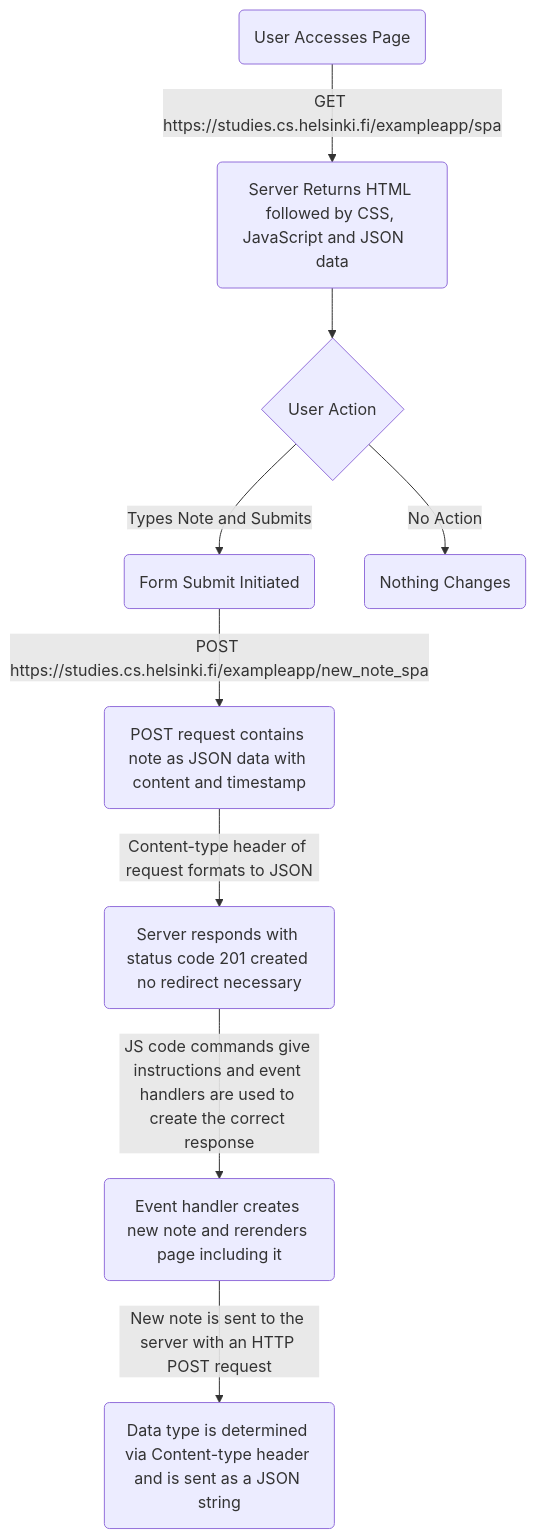
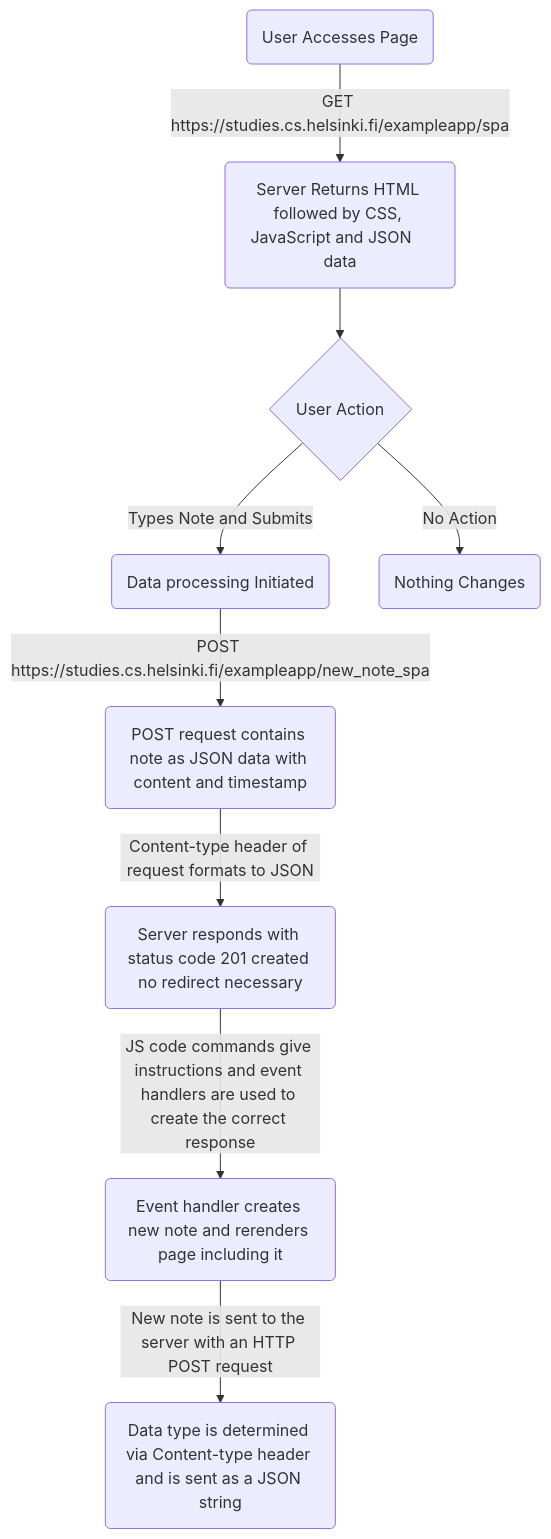
One commit to Mauriciamo/Helsinki-Fullstack changed the diagram in part 0/0.6_spa_new_note.md. Above: the diagram before and after it, drawn with Mermaid.

````diff
--- a/part 0/0.6_spa_new_note.md
+++ b/part 0/0.6_spa_new_note.md
@@ -1,11 +1,11 @@
 ```mermaid
   flowchart TD
   A(User Accesses Page) -->|GET https://studies.cs.helsinki.fi/exampleapp/spa| B(Server Returns HTML followed by CSS, JavaScript and JSON    data);
   B --> C{User Action};
-  C --> |Types Note and Submits| D(Form Submit Initiated);
+  C --> |Types Note and Submits| D(Data processing Initiated);
   C --> |No Action| E(Nothing Changes);
   D --> |POST https://studies.cs.helsinki.fi/exampleapp/new_note_spa| F(POST request contains note as JSON data with content and timestamp);
   F --> |Content-type header of request formats to JSON| G(Server responds with status code 201 created no redirect necessary);
   G --> |JS code commands give instructions and event handlers are used to create the correct response| H(Event handler creates new note and rerenders page including it);
   H--> |New note is sent to the server with an HTTP POST request| I(Data type is determined via Content-type header and is sent as a JSON string)
 ```
````
